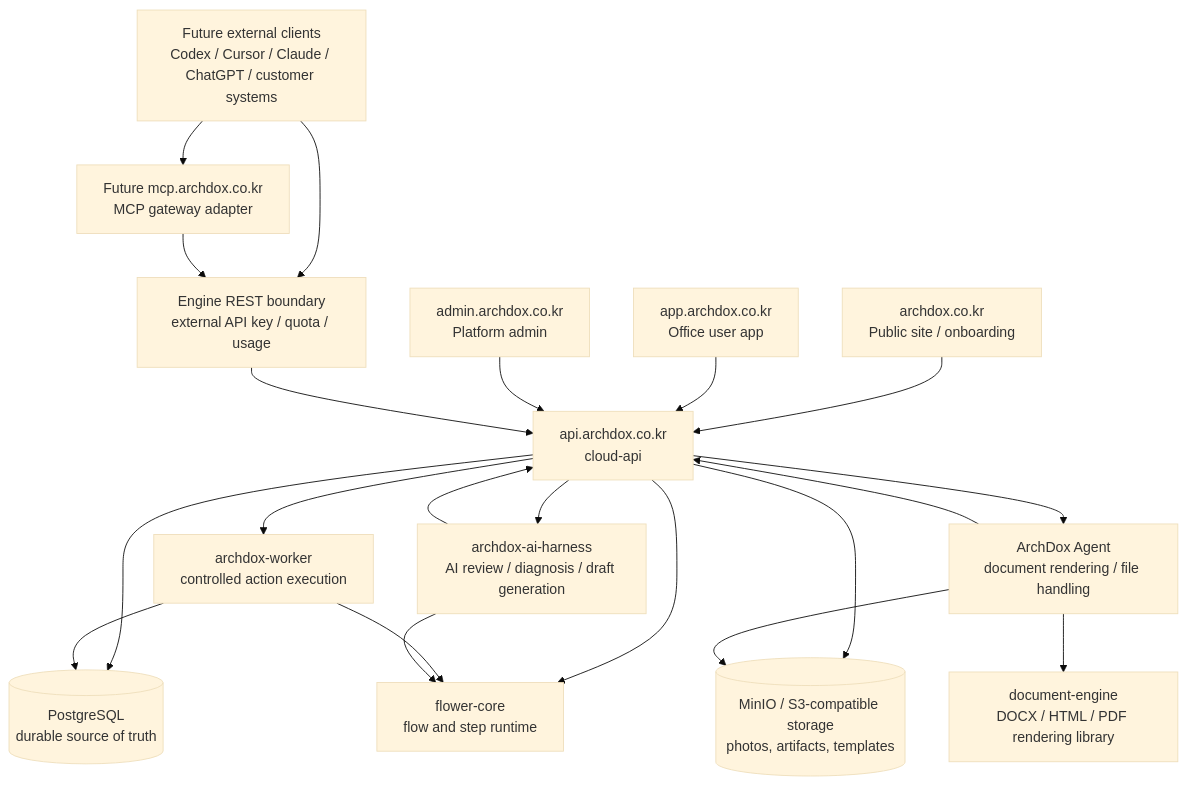
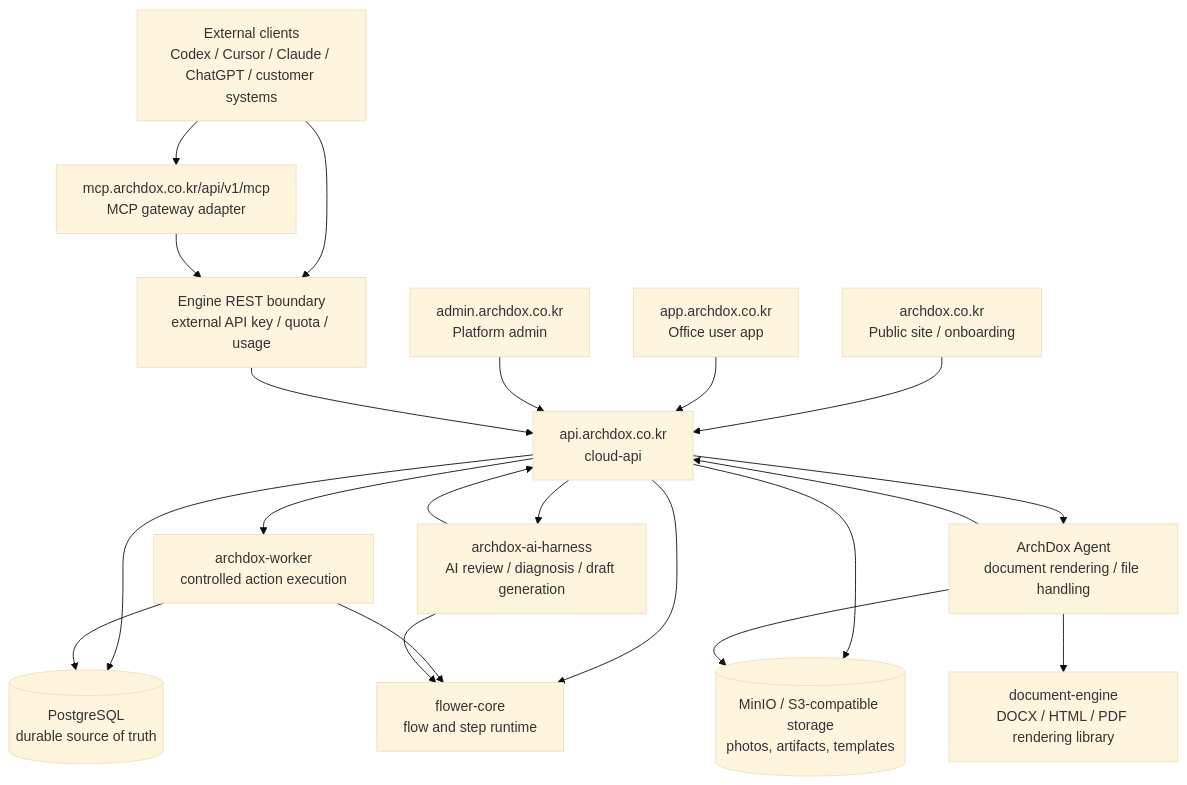
One commit to parkKevinSB/archdox changed the first of 8 diagrams in docs/architecture/SYSTEM_MAP.md. Above: the diagram before and after it, drawn with Mermaid (base theme). The commit also changed other lines of this file and 6 other files, not shown here.

Commit message:
fix: route MCP host to gateway endpoint

````diff
--- a/docs/architecture/SYSTEM_MAP.md
+++ b/docs/architecture/SYSTEM_MAP.md
@@ -15,43 +15,43 @@
 ```mermaid
 flowchart TB
     Public["archdox.co.kr<br/>Public site / onboarding"]
     App["app.archdox.co.kr<br/>Office user app"]
     Admin["admin.archdox.co.kr<br/>Platform admin"]
-    External["Future external clients<br/>Codex / Cursor / Claude / ChatGPT / customer systems"]
+    External["External clients<br/>Codex / Cursor / Claude / ChatGPT / customer systems"]
 
     CloudApi["api.archdox.co.kr<br/>cloud-api"]
     EngineApi["Engine REST boundary<br/>external API key / quota / usage"]
-    Mcp["Future mcp.archdox.co.kr<br/>MCP gateway adapter"]
+    Mcp["mcp.archdox.co.kr/api/v1/mcp<br/>MCP gateway adapter"]
 
     DB[("PostgreSQL<br/>durable source of truth")]
     ObjectStorage[("MinIO / S3-compatible storage<br/>photos, artifacts, templates")]
 
     Agent["ArchDox Agent<br/>document rendering / file handling"]
     DocEngine["document-engine<br/>DOCX / HTML / PDF rendering library"]
     Worker["archdox-worker<br/>controlled action execution"]
     AiHarness["archdox-ai-harness<br/>AI review / diagnosis / draft generation"]
     Flower["flower-core<br/>flow and step runtime"]
 
     Public --> CloudApi
     App --> CloudApi
     Admin --> CloudApi
     External --> EngineApi
     External --> Mcp
     EngineApi --> CloudApi
     Mcp --> EngineApi
 
     CloudApi --> DB
     CloudApi --> ObjectStorage
     CloudApi --> Worker
     CloudApi --> AiHarness
     CloudApi --> Flower
     CloudApi --> Agent
 
     Worker --> Flower
     Worker --> DB
     AiHarness --> Flower
     AiHarness --> CloudApi
     Agent --> DocEngine
     Agent --> ObjectStorage
     Agent --> CloudApi
 ```
````
